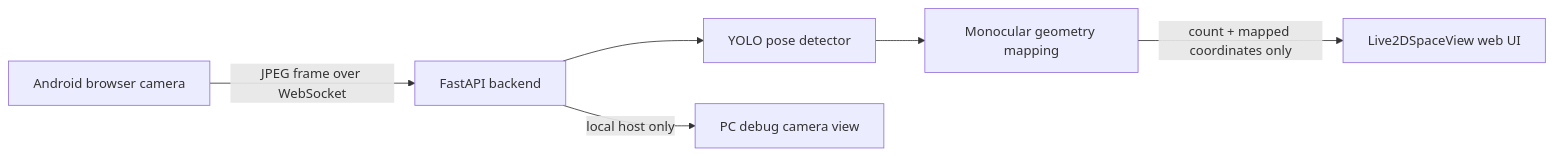
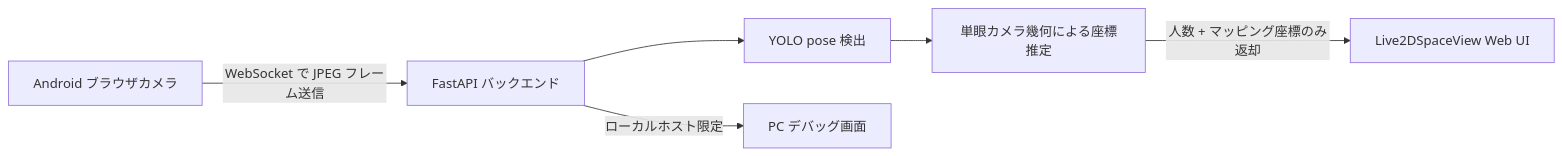
The diagram in README.md (zoomingzoom5-cpu/live2dview), drawn with Mermaid before and after one commit. The commit also changed other lines of this file, not shown here.

````diff
--- a/README.md
+++ b/README.md
@@ -17,8 +17,8 @@
 ```mermaid
 flowchart LR
-  A["Android browser camera"] -->|JPEG frame over WebSocket| B["FastAPI backend"]
-  B --> C["YOLO pose detector"]
-  C --> D["Monocular geometry mapping"]
-  D -->|count + mapped coordinates only| E["Live2DSpaceView web UI"]
-  B -->|local host only| F["PC debug camera view"]
+  A["Android ブラウザカメラ"] -->|WebSocket で JPEG フレーム送信| B["FastAPI バックエンド"]
+  B --> C["YOLO pose 検出"]
+  C --> D["単眼カメラ幾何による座標推定"]
+  D -->|人数 + マッピング座標のみ返却| E["Live2DSpaceView Web UI"]
+  B -->|ローカルホスト限定| F["PC デバッグ画面"]
 ```
````
